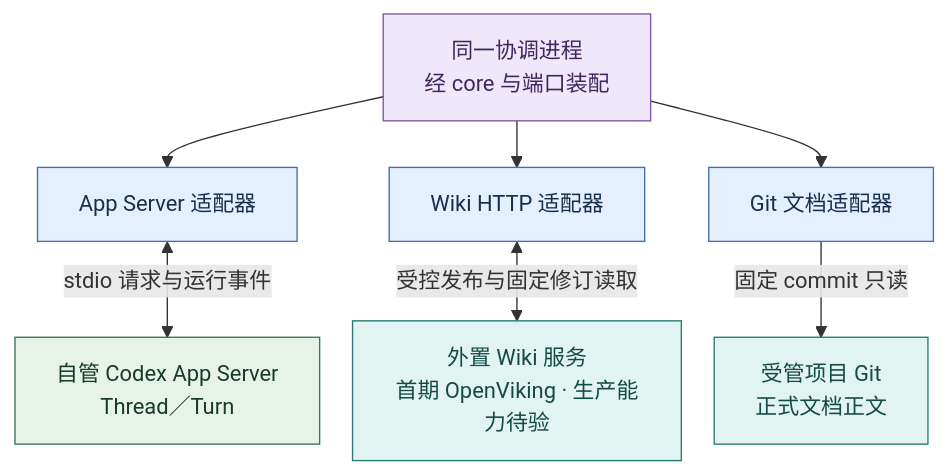
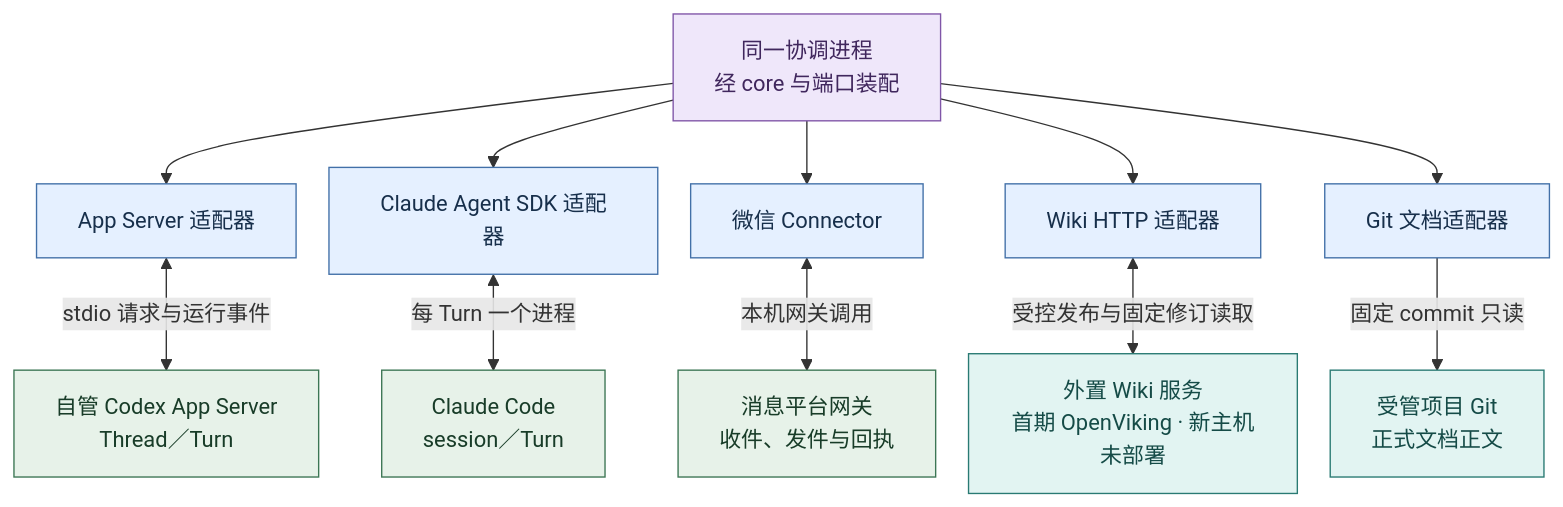
The second of 3 diagrams in docs/architecture/packages.md (cyl19970726/evoLoop), drawn with Mermaid before and after one commit. The commit also changed other lines of this file and 10 other files, not shown here.

First line of the commit message:
docs(architecture): 新增 Session 运行时与部署页，同步运行时与存储现状

````diff
--- a/docs/architecture/packages.md
+++ b/docs/architecture/packages.md
@@ -55,15 +55,19 @@
 ```mermaid
 %%{init: {"flowchart":{"wrappingWidth":180,"nodeSpacing":24,"rankSpacing":34}}}%%
 flowchart TB
   C["同一协调进程<br/>经 core 与端口装配"]:::core
   C --> R["App Server 适配器"]:::adapter
+  C --> CL["Claude Agent SDK 适配器"]:::adapter
+  C --> X["微信 Connector"]:::adapter
   C --> W["Wiki HTTP 适配器"]:::adapter
   C --> G["Git 文档适配器"]:::adapter
   R <-->|stdio 请求与运行事件| AS["自管 Codex App Server<br/>Thread／Turn"]:::runtime
-  W <-->|受控发布与固定修订读取| OV["外置 Wiki 服务<br/>首期 OpenViking · 生产能力待验"]:::authority
+  CL <-->|每 Turn 一个进程| CC["Claude Code<br/>session／Turn"]:::runtime
+  X <-->|本机网关调用| WX["消息平台网关<br/>收件、发件与回执"]:::runtime
+  W <-->|受控发布与固定修订读取| OV["外置 Wiki 服务<br/>首期 OpenViking · 新主机未部署"]:::authority
   G -->|固定 commit 只读| GR["受管项目 Git<br/>正式文档正文"]:::authority
   classDef core fill:#EFE7FA,stroke:#8056A8,color:#40275D
   classDef adapter fill:#E5F0FF,stroke:#4270A8,color:#172F4B
   classDef authority fill:#E2F4F2,stroke:#297A73,color:#154B47
   classDef runtime fill:#E7F2E9,stroke:#3C7654,color:#183C28
 ```
````
